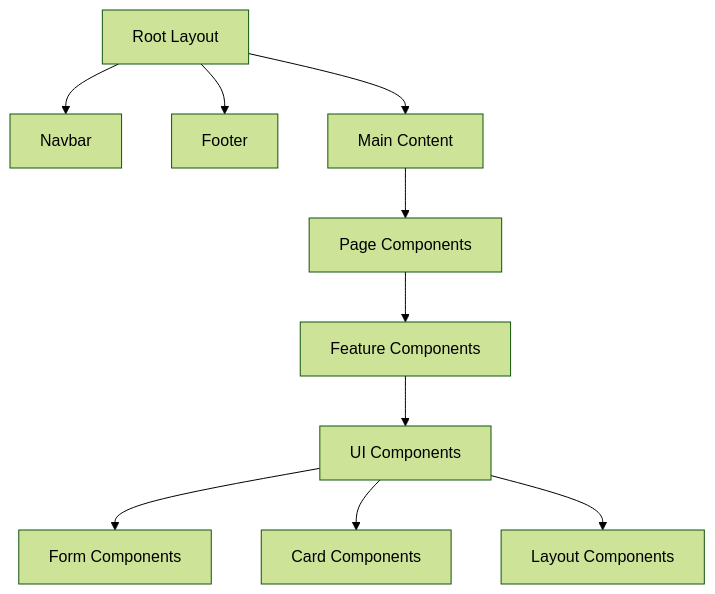
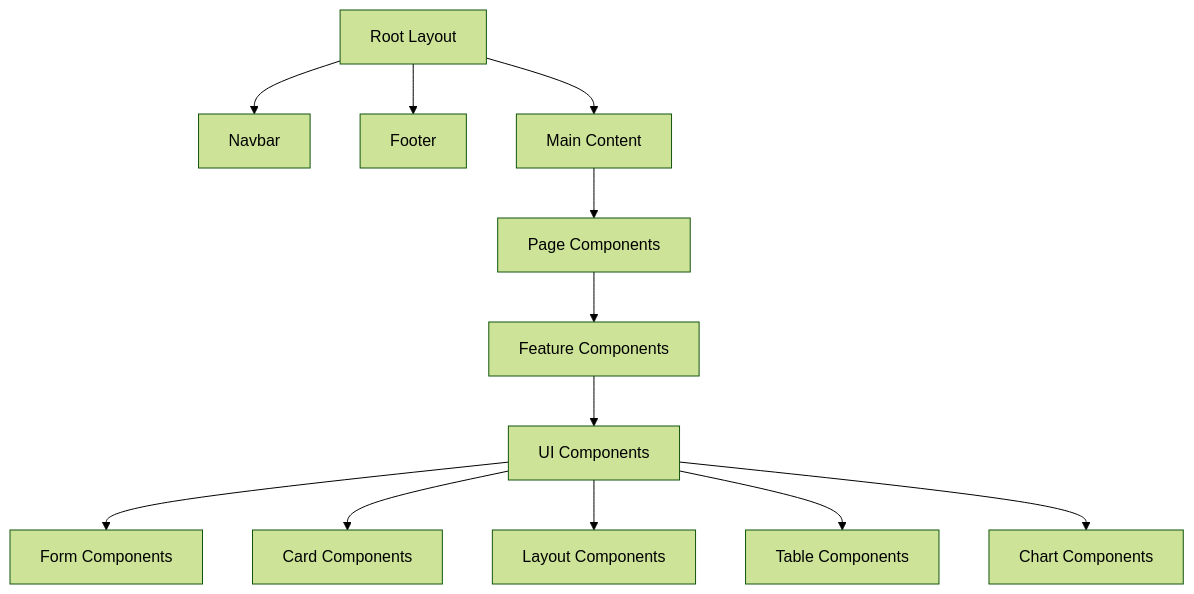
One commit to charankandukuri-52/The-Student-Voice changed the fifth of 9 diagrams in HLDDiagram.md. Above: the diagram before and after it, drawn with Mermaid (forest theme). The commit also changed other lines of this file, not shown here.

Commit message:
docs: Update HLD diagram with five main modules - Add Financial Aid module architecture - Add Academic Support module architecture - Add Mental Resources module architecture - Add Community module architecture - Add Career Guidance module architecture - Update technical stack and features

````diff
--- a/HLDDiagram.md
+++ b/HLDDiagram.md
@@ -216,14 +259,16 @@
 ```mermaid
 graph TD
     Root[Root Layout] --> Navbar[Navbar]
     Root --> Footer[Footer]
     Root --> Main[Main Content]
     
     Main --> Pages[Page Components]
     Pages --> Features[Feature Components]
     Features --> UI[UI Components]
     
     UI --> Forms[Form Components]
     UI --> Cards[Card Components]
     UI --> Layout[Layout Components]
+    UI --> Tables[Table Components]
+    UI --> Charts[Chart Components]
 ```
````
